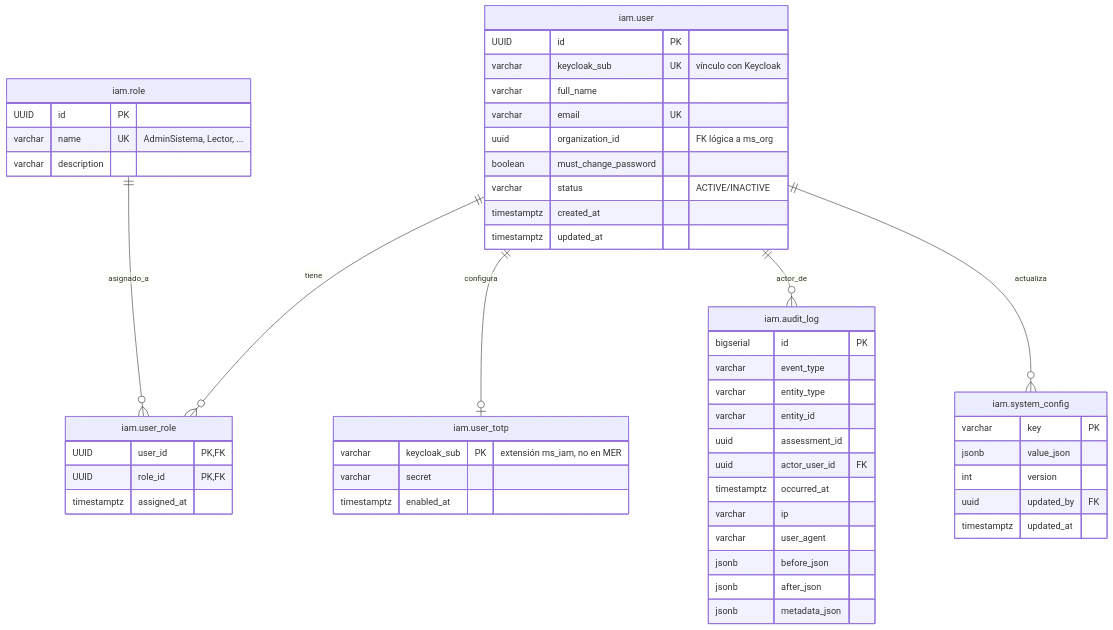
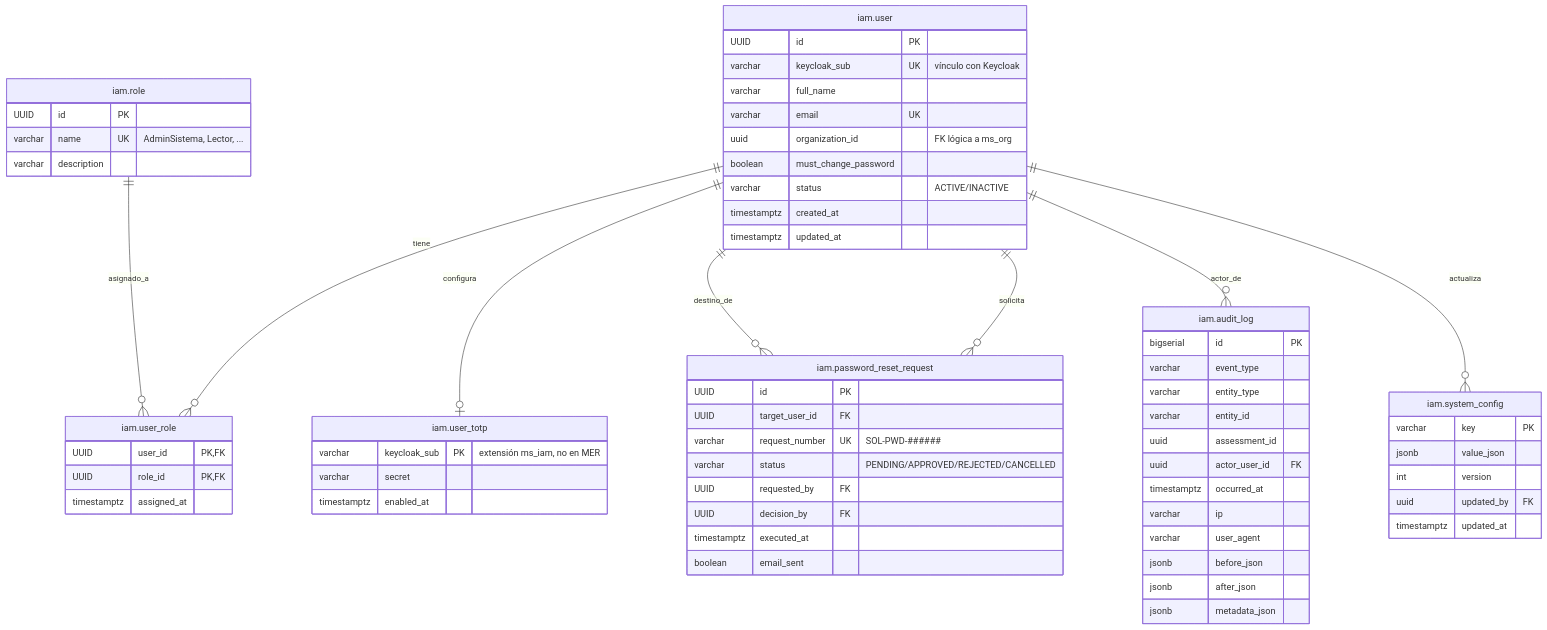
The second of 2 diagrams in Documentacion-Backend/ms_iam/03-Diseno.md (jdtovar07/MSPI_NVA_CO_DOCS), drawn with Mermaid before and after one commit. The commit also changed other lines of this file and 3 other files, not shown here.

First line of the commit message:
docs(iam): document password-reset approval and 2FA reset

````diff
--- a/Documentacion-Backend/ms_iam/03-Diseno.md
+++ b/Documentacion-Backend/ms_iam/03-Diseno.md
@@ -188,56 +188,68 @@
 ```mermaid
 erDiagram
     "iam.user" ||--o{ "iam.user_role" : tiene
     "iam.role" ||--o{ "iam.user_role" : asignado_a
     "iam.user" ||--o| "iam.user_totp" : configura
+    "iam.user" ||--o{ "iam.password_reset_request" : destino_de
+    "iam.user" ||--o{ "iam.password_reset_request" : solicita
     "iam.user" ||--o{ "iam.audit_log" : actor_de
     "iam.user" ||--o{ "iam.system_config" : actualiza
 
     "iam.user" {
         UUID id PK
         varchar keycloak_sub UK "vínculo con Keycloak"
         varchar full_name
         varchar email UK
         uuid organization_id "FK lógica a ms_org"
         boolean must_change_password
         varchar status "ACTIVE/INACTIVE"
         timestamptz created_at
         timestamptz updated_at
     }
     "iam.role" {
         UUID id PK
         varchar name UK "AdminSistema, Lector, ..."
         varchar description
     }
     "iam.user_role" {
         UUID user_id PK,FK
         UUID role_id PK,FK
         timestamptz assigned_at
     }
     "iam.user_totp" {
         varchar keycloak_sub PK "extensión ms_iam, no en MER"
         varchar secret
         timestamptz enabled_at
     }
+    "iam.password_reset_request" {
+        UUID id PK
+        UUID target_user_id FK
+        varchar request_number UK "SOL-PWD-######"
+        varchar status "PENDING/APPROVED/REJECTED/CANCELLED"
+        UUID requested_by FK
+        UUID decision_by FK
+        timestamptz executed_at
+        boolean email_sent
+    }
     "iam.audit_log" {
         bigserial id PK
         varchar event_type
         varchar entity_type
         varchar entity_id
         uuid assessment_id
         uuid actor_user_id FK
         timestamptz occurred_at
         varchar ip
         varchar user_agent
         jsonb before_json
         jsonb after_json
         jsonb metadata_json
     }
     "iam.system_config" {
         varchar key PK
         jsonb value_json
         int version
         uuid updated_by FK
         timestamptz updated_at
     }
 ```
````
